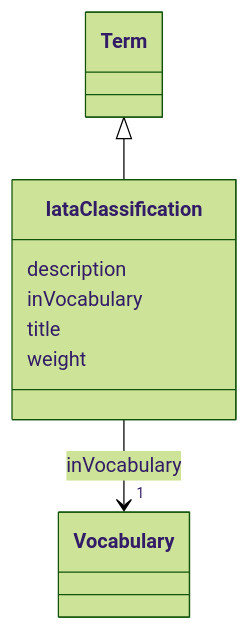
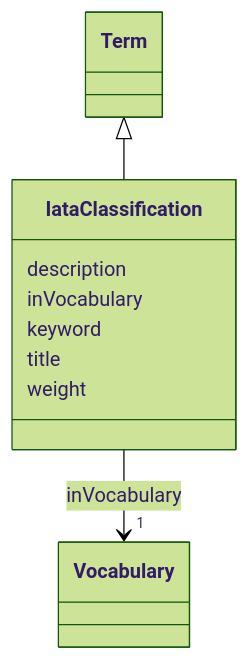
One commit to EVORA-project/evora-ontology changed the diagram in models/docs/IataClassification.md. Above: the diagram before and after it, drawn with Mermaid (forest theme). The commit also changed other lines of this file and 402 other files, not shown here.

````diff
--- a/models/docs/IataClassification.md
+++ b/models/docs/IataClassification.md
@@ -19,24 +19,26 @@
 ```mermaid
  classDiagram
     class IataClassification
     click IataClassification href "../IataClassification"
       Term <|-- IataClassification
         click Term href "../Term"
       
       IataClassification : description
         
       IataClassification : inVocabulary
         
           
     
     
     IataClassification --> "1" Vocabulary : inVocabulary
     click Vocabulary href "../Vocabulary"
 
         
+      IataClassification : keyword
+        
       IataClassification : title
         
       IataClassification : weight
         
       
 ```
````
